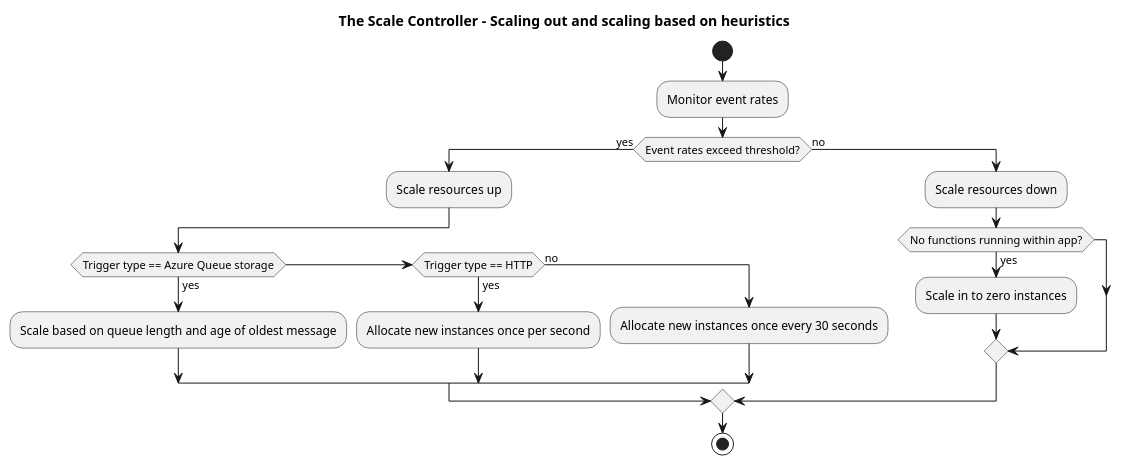
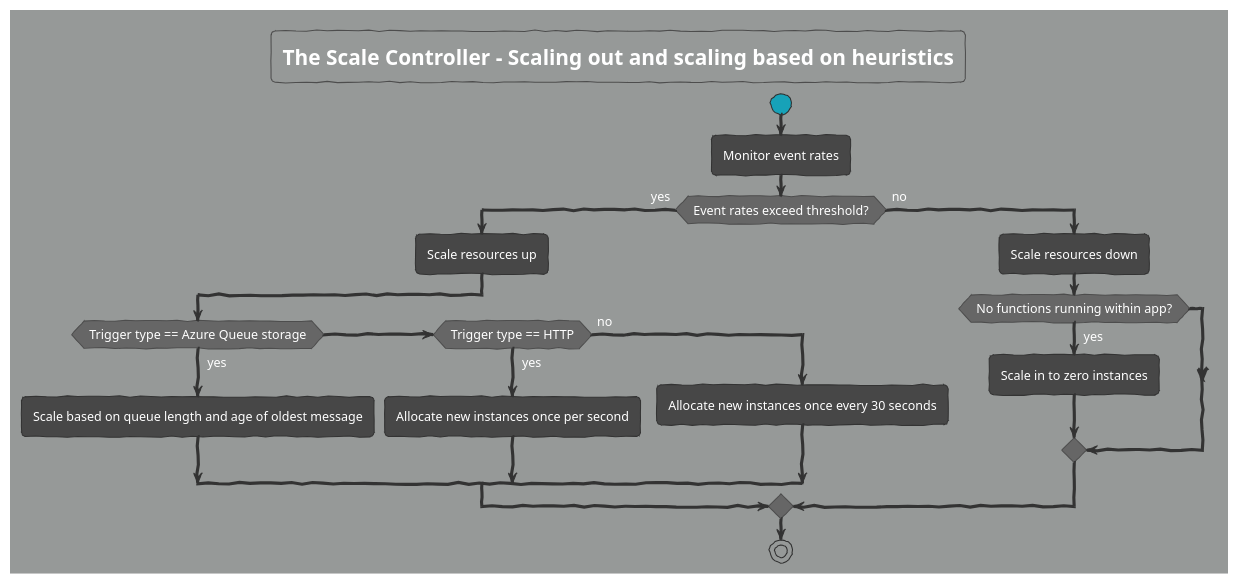
The diagram in Notes/Diagrams/scale-controller-activity-diagram.plantuml (rob-bl8ke/Az204-AzureFunctions), drawn with PlantUML before and after one commit. The commit also changed 1 other file, not shown here.

Commit message:
Some diagram tweaks

```diff
--- a/Notes/Diagrams/scale-controller-activity-diagram.plantuml
+++ b/Notes/Diagrams/scale-controller-activity-diagram.plantuml
@@ -1,25 +1,34 @@
-@startuml "The Scale Controller - Scaling out and scaling based on heuristics"
+@startuml "The Scale Controller - Scaling out and scaling in based on heuristics"
+
+' List of available themes:
+' https://plantuml.com/theme
+!theme sketchy
+'!theme carbon-gray
+'!theme cyborg
+'!theme mars
+' skinparam backgroundColor #e8edec
+skinparam backgroundColor #969998
 
 title "The Scale Controller - Scaling out and scaling based on heuristics"
 start
 
 :Monitor event rates;
 if (Event rates exceed threshold?) then (yes)
   :Scale resources up;
   if (Trigger type == Azure Queue storage) then (yes)
     :Scale based on queue length and age of oldest message;
   elseif (Trigger type == HTTP) then (yes)
     :Allocate new instances once per second;
   else (no)
     :Allocate new instances once every 30 seconds;
   endif
 else (no)
   :Scale resources down;
   if (No functions running within app?) then (yes)
     :Scale in to zero instances;
   endif
 endif
 
 stop
 
 @enduml
```
